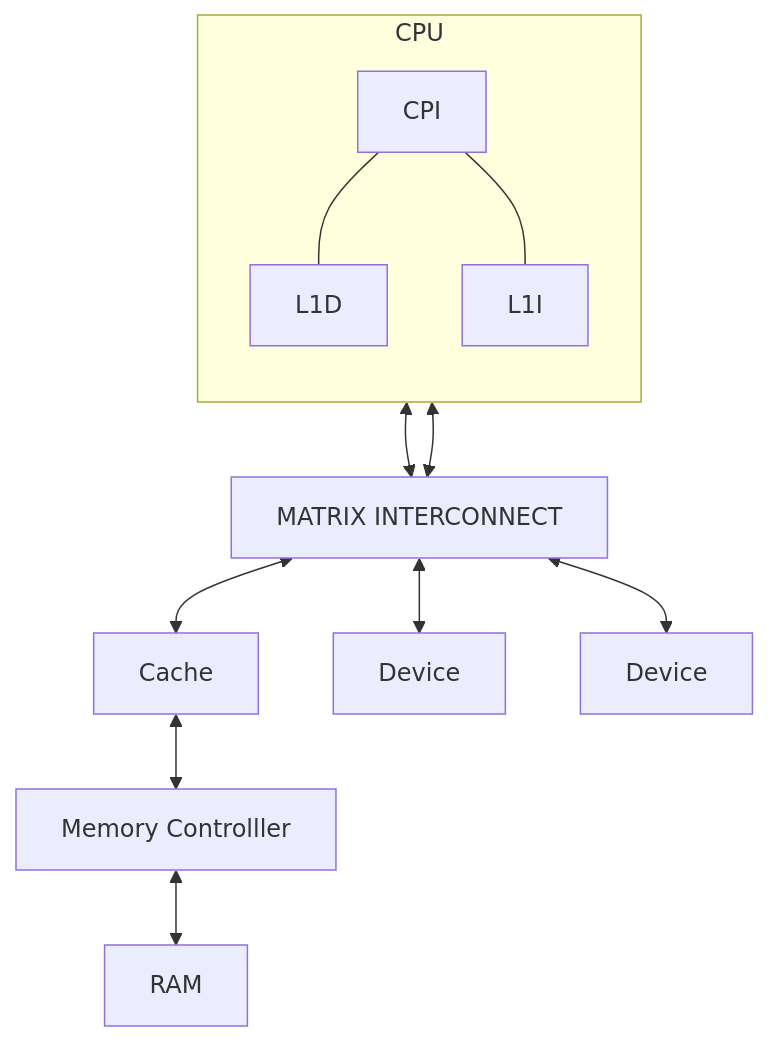
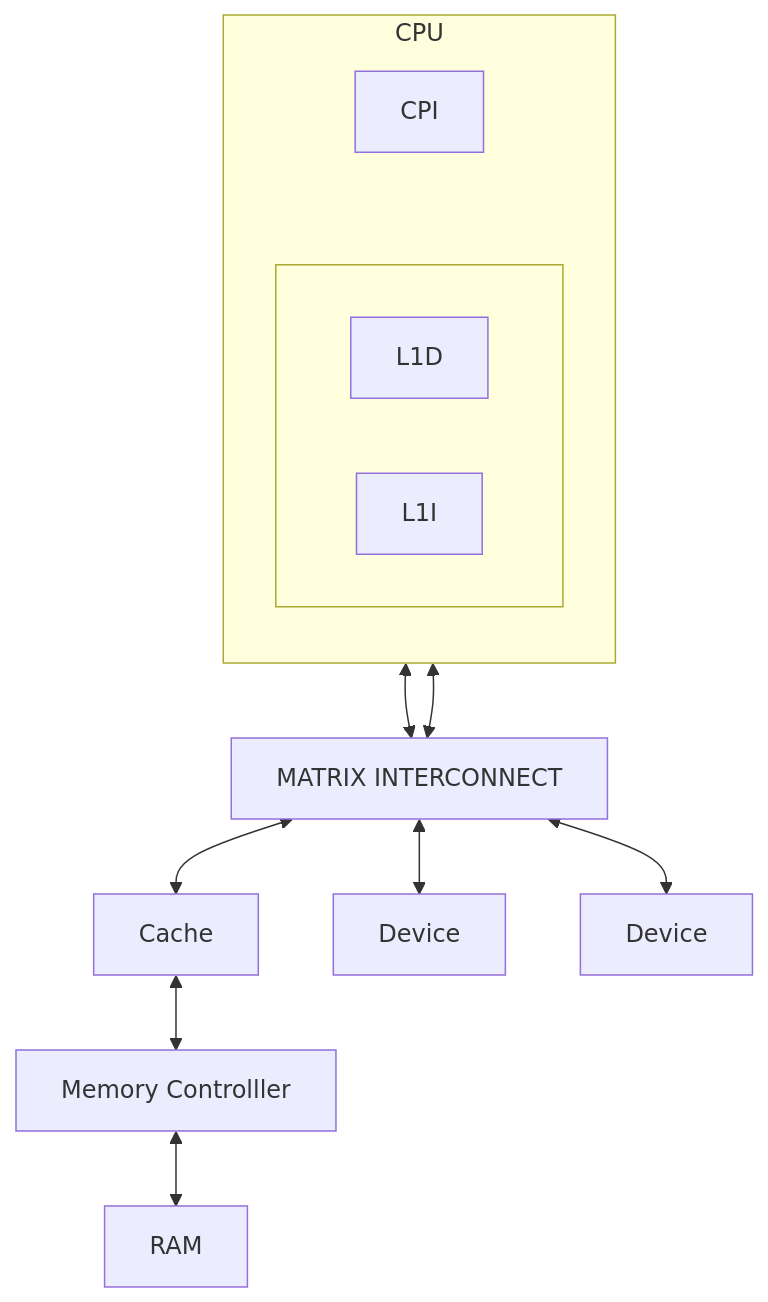
Before and after one commit to quantiumv/core: the first of 3 diagrams in README.md, drawn with Mermaid.

Commit message:
Updated diagrams

````diff
--- a/README.md
+++ b/README.md
@@ -11,21 +11,23 @@
 ```mermaid
 flowchart TD
     subgraph CPU["CPU"]
         direction TB
         CPI["CPI"]
-        L1D["L1D"]
-        L1I["L1I"]
-        CPI --- L1D
-        CPI --- L1I
+        subgraph L1["  "]
+            direction LR
+            L1D["L1D"]
+            L1I["L1I"]
+        end
+        CPI ~~~ L1
     end
 
     L1D <--> MI["MATRIX INTERCONNECT"]
     L1I <--> MI
 
     MI <--> Cache["Cache"]
     MI <--> DeviceA["Device"]
     MI <--> DeviceB["Device"]
 
     Cache <--> MC["Memory Controlller"]
     MC <--> RAM["RAM"]
 ```
````
